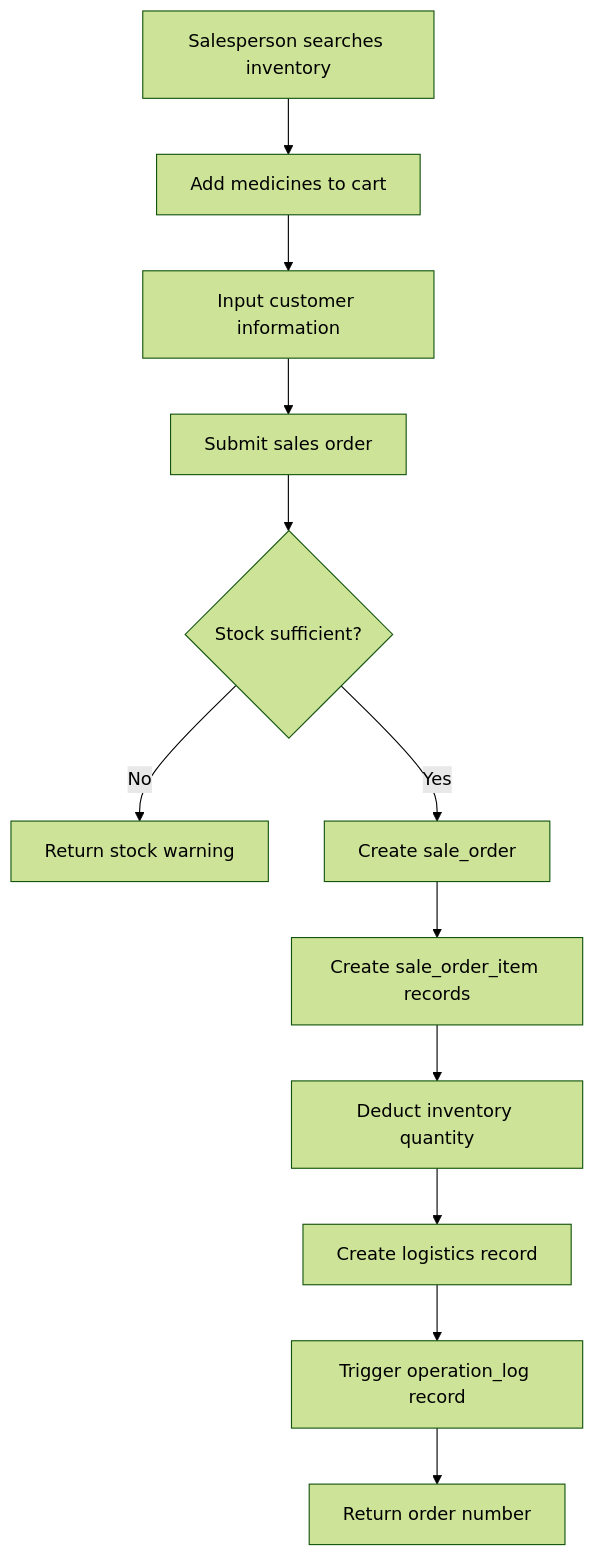
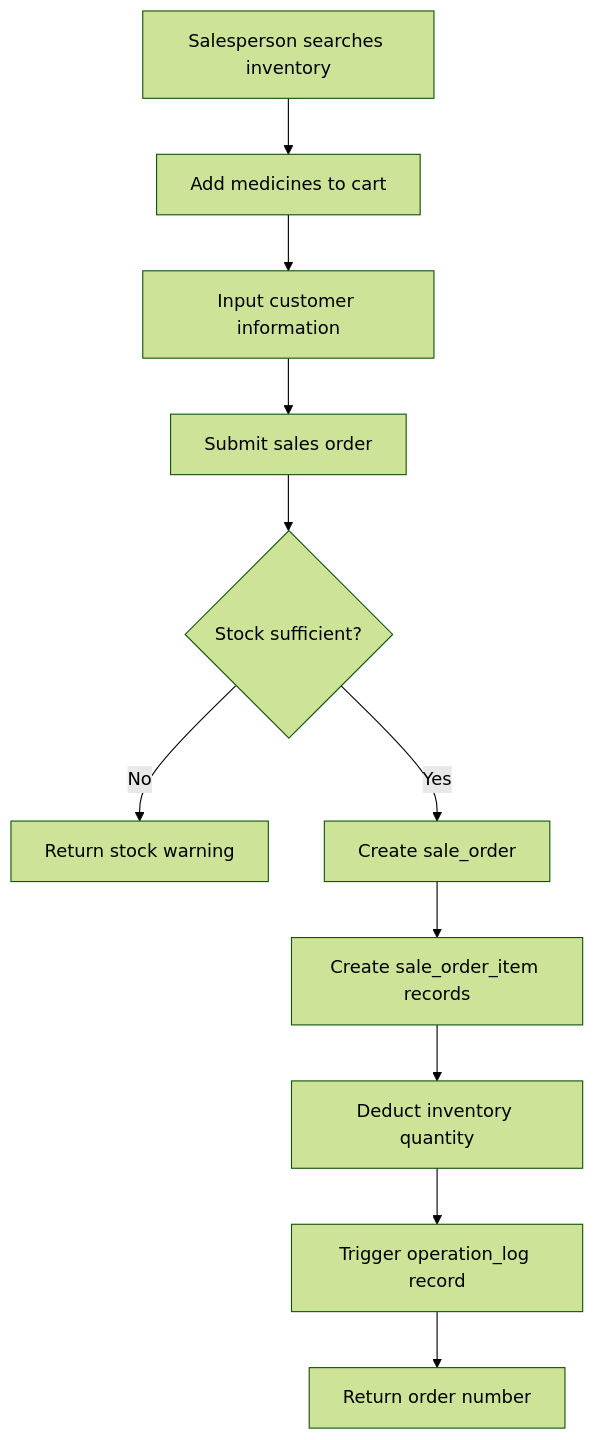
The eighth of 9 diagrams in docs/Development_Manual.md (pytenter/database-medicine), drawn with Mermaid (forest theme) before and after one commit. The commit also changed other lines of this file and 31 other files, not shown here.

````diff
--- a/docs/Development_Manual.md
+++ b/docs/Development_Manual.md
@@ -396,14 +385,13 @@
 ```mermaid
 flowchart TD
     A[Salesperson searches inventory] --> B[Add medicines to cart]
     B --> C[Input customer information]
     C --> D[Submit sales order]
     D --> E{Stock sufficient?}
     E -- No --> F[Return stock warning]
     E -- Yes --> G[Create sale_order]
     G --> H[Create sale_order_item records]
     H --> I[Deduct inventory quantity]
-    I --> J[Create logistics record]
-    J --> K[Trigger operation_log record]
-    K --> L[Return order number]
+    I --> J[Trigger operation_log record]
+    J --> K[Return order number]
 ```
````
